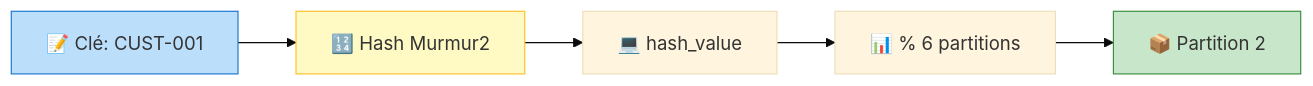
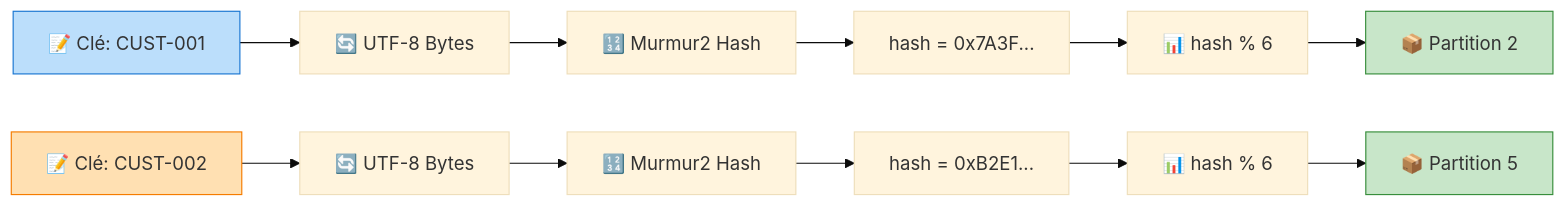
The fourth of 7 diagrams in day-01-foundations/module-02-producer/lab-1.2b-producer-keyed/README.md (msellamiTN/formation--kafka-dotnet), drawn with Mermaid (base theme) before and after one commit. The commit also changed other lines of this file, not shown here.

First line of the commit message:
feat: Enhance LAB 1.2B with e-banking context, Murmur2 partitioning diagrams, and hot partition prevention patterns

````diff
--- a/day-01-foundations/module-02-producer/lab-1.2b-producer-keyed/README.md
+++ b/day-01-foundations/module-02-producer/lab-1.2b-producer-keyed/README.md
@@ -122,11 +175,19 @@
 ```mermaid
 flowchart LR
-    A["📝 Clé: CUST-001"] --> B["🔢 Hash Murmur2"]
-    B --> C["💻 hash_value"]
-    C --> D["📊 % 6 partitions"]
-    D --> E["📦 Partition 2"]
+    A["📝 Clé: CUST-001"] --> B["🔄 UTF-8 Bytes"]
+    B --> C["🔢 Murmur2 Hash"]
+    C --> D["hash = 0x7A3F..."]
+    D --> E["📊 hash % 6"]
+    E --> F["📦 Partition 2"]
+
+    G["📝 Clé: CUST-002"] --> H["🔄 UTF-8 Bytes"]
+    H --> I["🔢 Murmur2 Hash"]
+    I --> J["hash = 0xB2E1..."]
+    J --> K["📊 hash % 6"]
+    K --> L["📦 Partition 5"]
 
     style A fill:#bbdefb,stroke:#1976d2
-    style B fill:#fff9c4,stroke:#fbc02d
-    style E fill:#c8e6c9,stroke:#388e3c
+    style F fill:#c8e6c9,stroke:#388e3c
+    style G fill:#ffe0b2,stroke:#f57c00
+    style L fill:#c8e6c9,stroke:#388e3c
 ```
````
